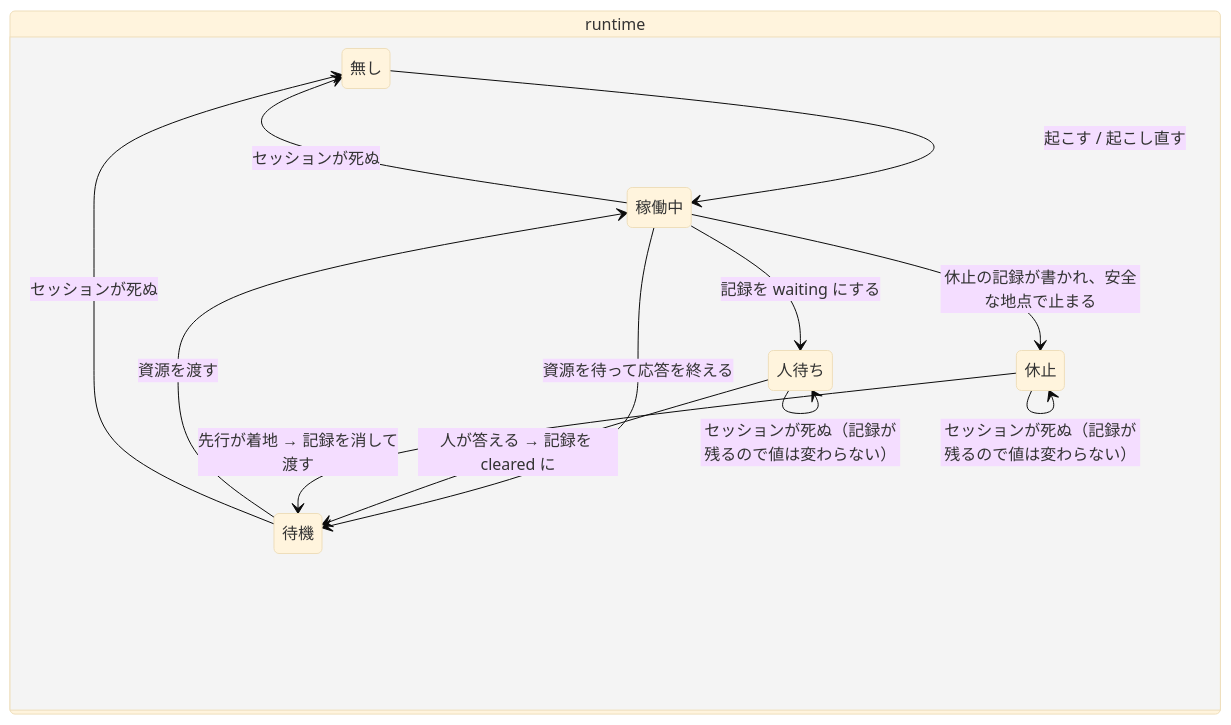
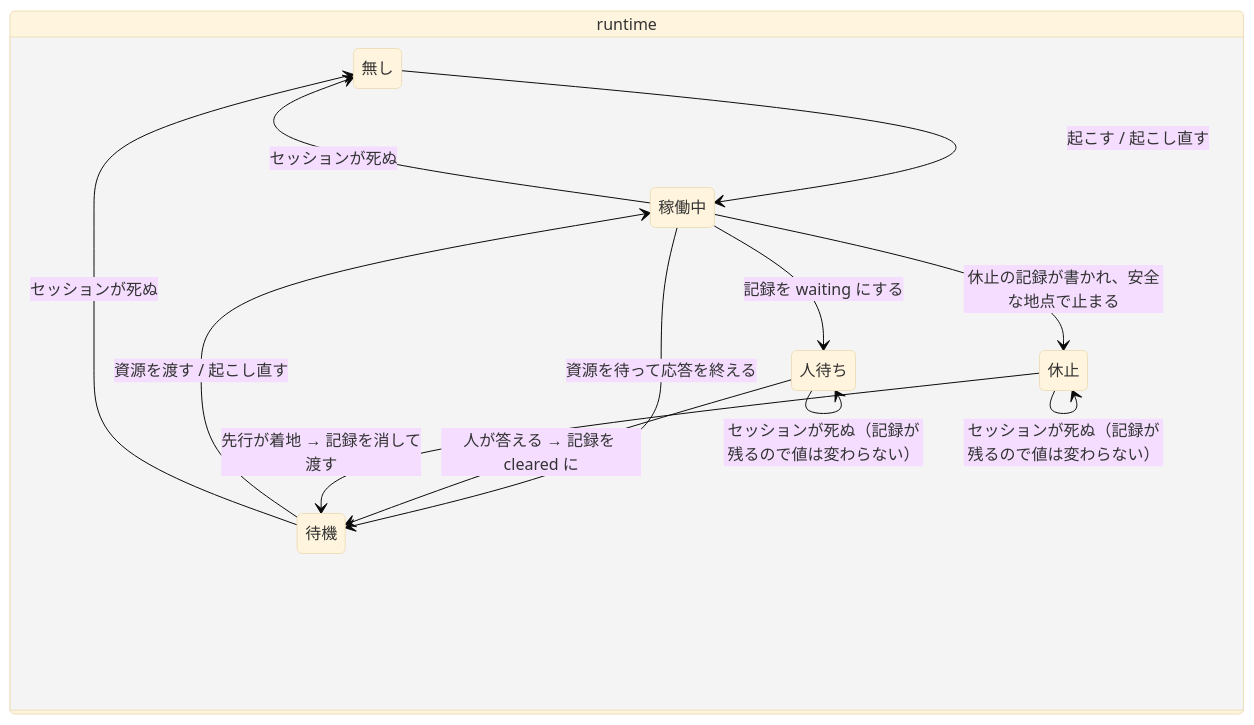
The second of 4 diagrams in agents/docs/lifecycle.md (usagizmo/agentfiles), drawn with Mermaid (base theme) before and after one commit. The commit also changed 10 other files, not shown here.

````diff
--- a/agents/docs/lifecycle.md
+++ b/agents/docs/lifecycle.md
@@ -72,17 +72,17 @@
 ```mermaid
 stateDiagram-v2
     direction LR
     state "runtime" as R {
         無し --> 稼働中: 起こす / 起こし直す
         稼働中 --> 待機: 資源を待って応答を終える
-        待機 --> 稼働中: 資源を渡す
+        待機 --> 稼働中: 資源を渡す / 起こし直す
         稼働中 --> 人待ち: 記録を waiting にする
         人待ち --> 待機: 人が答える → 記録を cleared に
         人待ち --> 人待ち: セッションが死ぬ（記録が残るので値は変わらない）
         稼働中 --> 休止: 休止の記録が書かれ、安全な地点で止まる
         休止 --> 待機: 先行が着地 → 記録を消して渡す
         休止 --> 休止: セッションが死ぬ（記録が残るので値は変わらない）
         稼働中 --> 無し: セッションが死ぬ
         待機 --> 無し: セッションが死ぬ
     }
 ```
````
